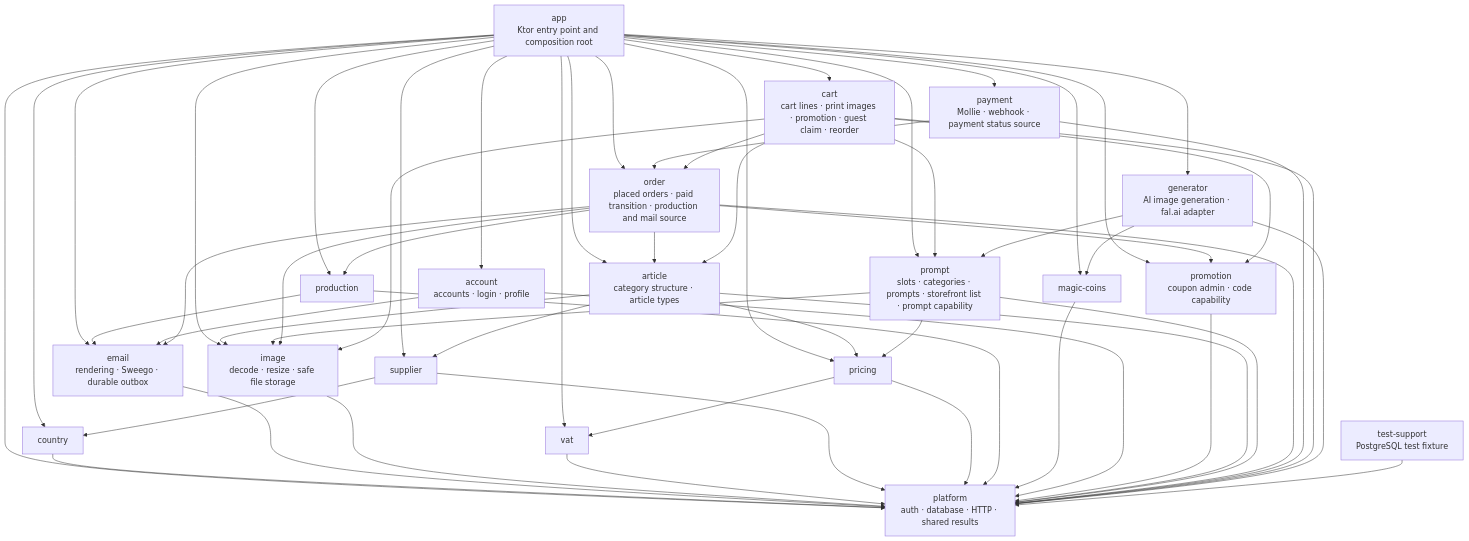
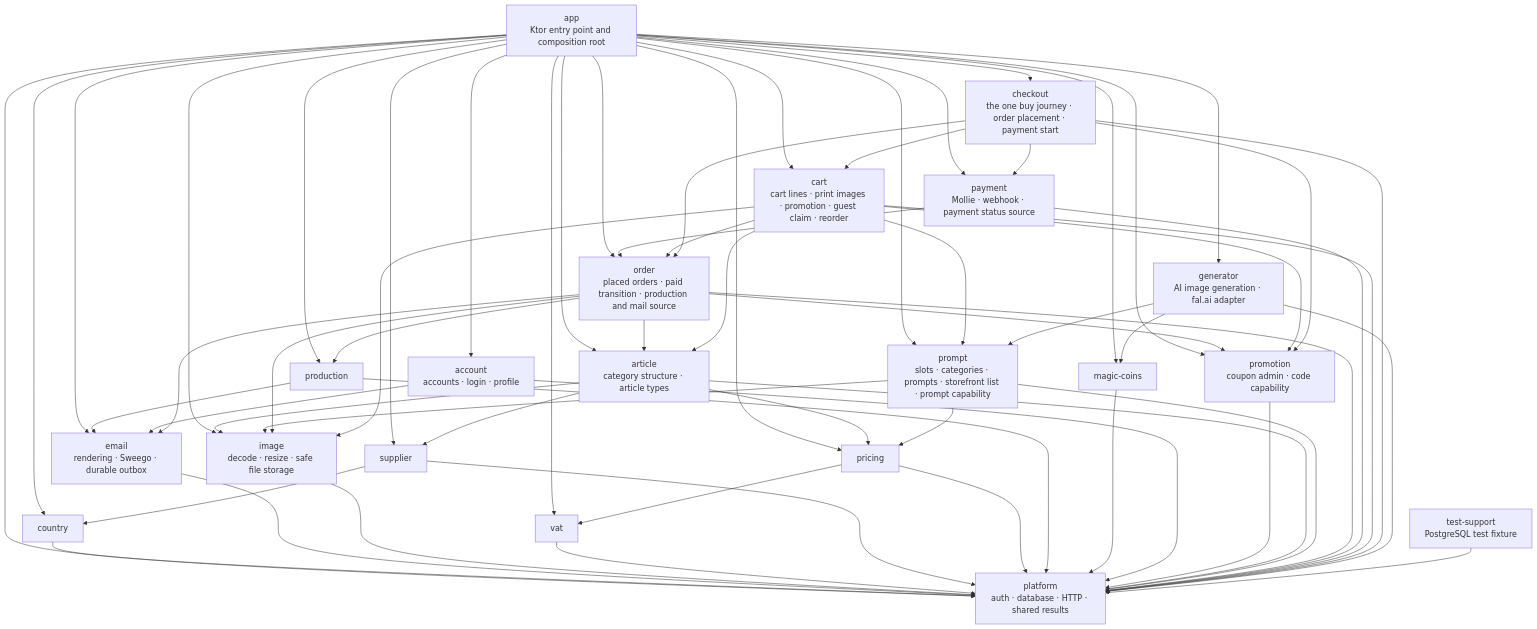
Before and after one commit to bitstorm-tech/voenix-shop-kotlin: the diagram in docs/dev/backend/module-architecture.md, drawn with Mermaid. The commit also changed other lines of this file and 19 other files, not shown here.

```diff
--- a/docs/dev/backend/module-architecture.md
+++ b/docs/dev/backend/module-architecture.md
@@ -50,6 +50,7 @@
     Order["order<br/>placed orders · paid transition · production and mail source"]
     Payment["payment<br/>Mollie · webhook · payment status source"]
     Cart["cart<br/>cart lines · print images · promotion · guest claim · reorder"]
+    Checkout["checkout<br/>the one buy journey · order placement · payment start"]
     Generator["generator<br/>AI image generation · fal.ai adapter"]
     TestSupport["test-support<br/>PostgreSQL test fixture"]
 
@@ -69,6 +70,7 @@
     App --> Order
     App --> Payment
     App --> Cart
+    App --> Checkout
     App --> Generator
     Country --> Platform
     Email --> Platform
@@ -105,6 +107,11 @@
     Cart --> Prompt
     Cart --> Promotion
     Cart --> Order
+    Checkout --> Platform
+    Checkout --> Cart
+    Checkout --> Promotion
+    Checkout --> Order
+    Checkout --> Payment
     Generator --> Platform
     Generator --> Prompt
     Generator --> MagicCoins
```
